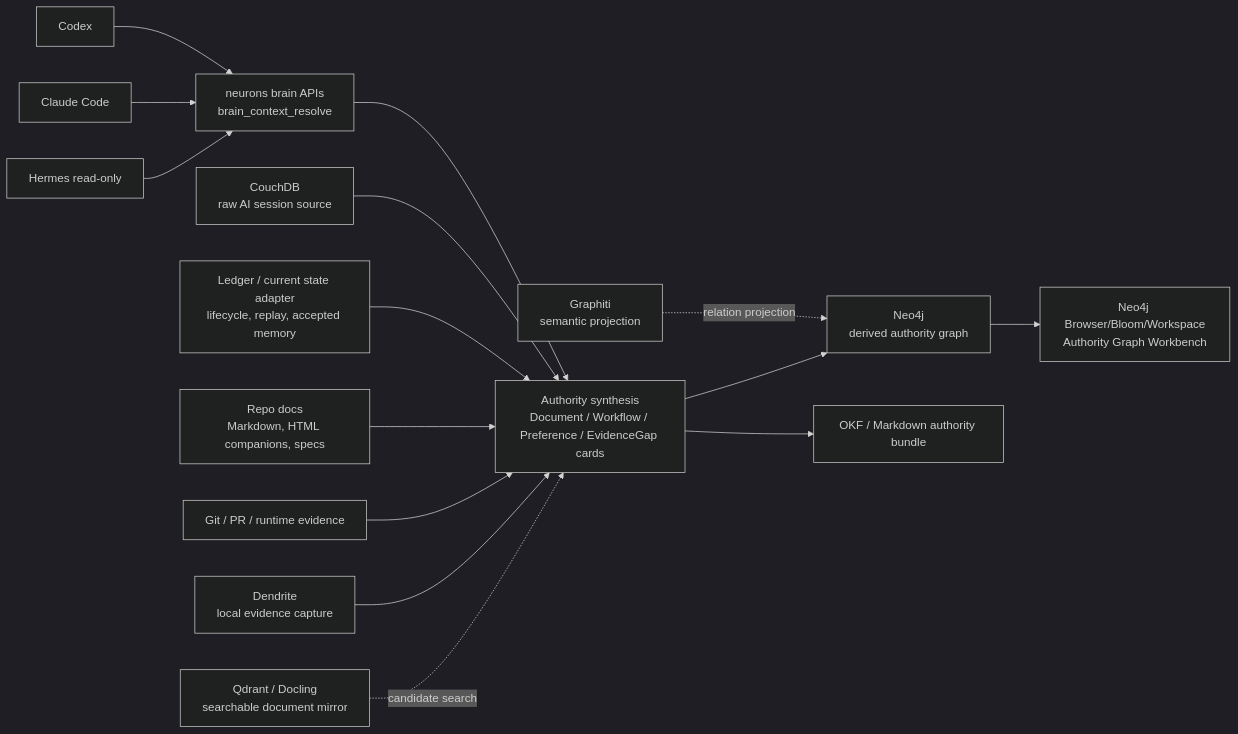
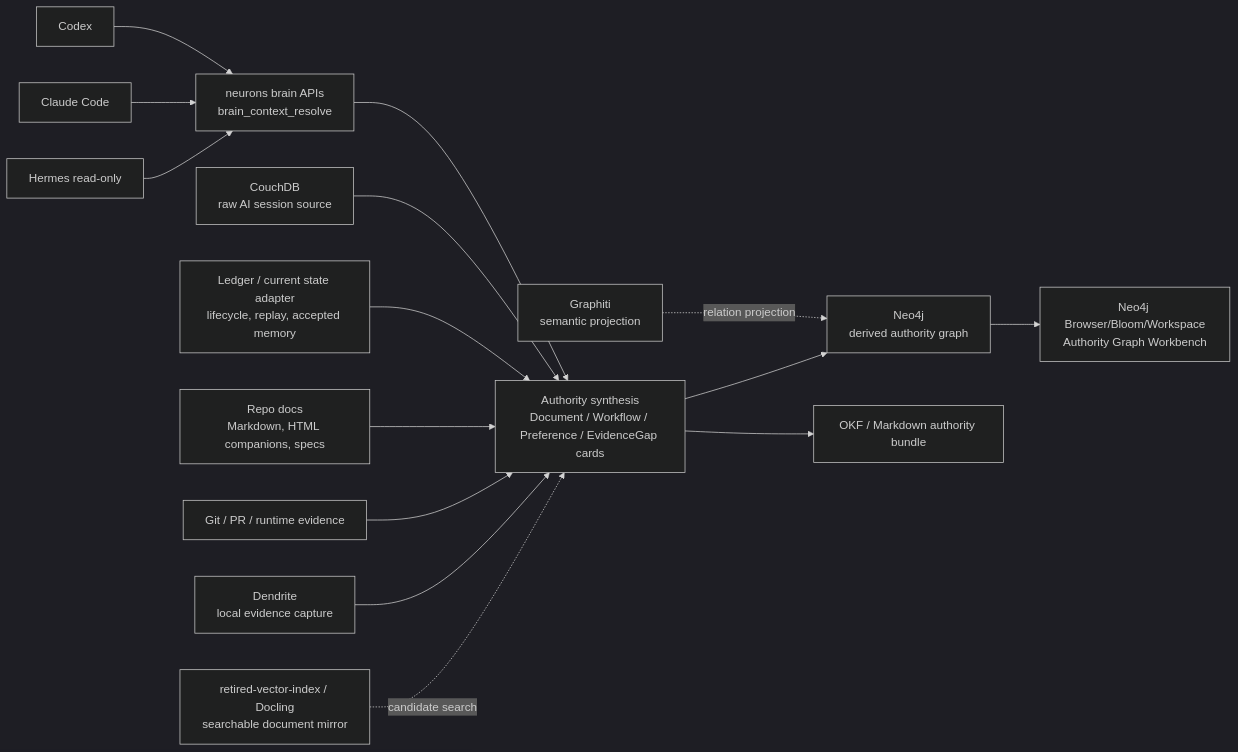
Before and after one commit to pureliture/neurons: the diagram in specs/context-authority-roadmap/design.md, drawn with Mermaid (dark theme). The commit also changed other lines of this file and 229 other files, not shown here.

Commit message:
feat: remove vector index runtime and integrations

````diff
--- a/specs/context-authority-roadmap/design.md
+++ b/specs/context-authority-roadmap/design.md
@@ -96,36 +96,36 @@
 ```mermaid
 flowchart LR
   Codex["Codex"]
   Claude["Claude Code"]
   Hermes["Hermes read-only"]
 
   BrainAPI["neurons brain APIs\nbrain_context_resolve"]
   Authority["Authority synthesis\nDocument / Workflow / Preference / EvidenceGap cards"]
   State["Ledger / current state adapter\nlifecycle, replay, accepted memory"]
   Raw["CouchDB\nraw AI session source"]
   Docs["Repo docs\nMarkdown, HTML companions, specs"]
   Live["Git / PR / runtime evidence"]
   Dendrite["Dendrite\nlocal evidence capture"]
 
   Graphiti["Graphiti\nsemantic projection"]
   Neo4j["Neo4j\nderived authority graph"]
   Workbench["Neo4j Browser/Bloom/Workspace\nAuthority Graph Workbench"]
-  Qdrant["Qdrant / Docling\nsearchable document mirror"]
+  retired-vector-index["retired-vector-index / Docling\nsearchable document mirror"]
   Bundle["OKF / Markdown authority bundle"]
 
   Codex --> BrainAPI
   Claude --> BrainAPI
   Hermes --> BrainAPI
 
   BrainAPI --> Authority
   Raw --> Authority
   State --> Authority
   Docs --> Authority
   Live --> Authority
   Dendrite --> Authority
-  Qdrant -. candidate search .-> Authority
+  retired-vector-index -. candidate search .-> Authority
   Graphiti -. relation projection .-> Neo4j
   Authority --> Neo4j
   Neo4j --> Workbench
   Authority --> Bundle
 ```
````
